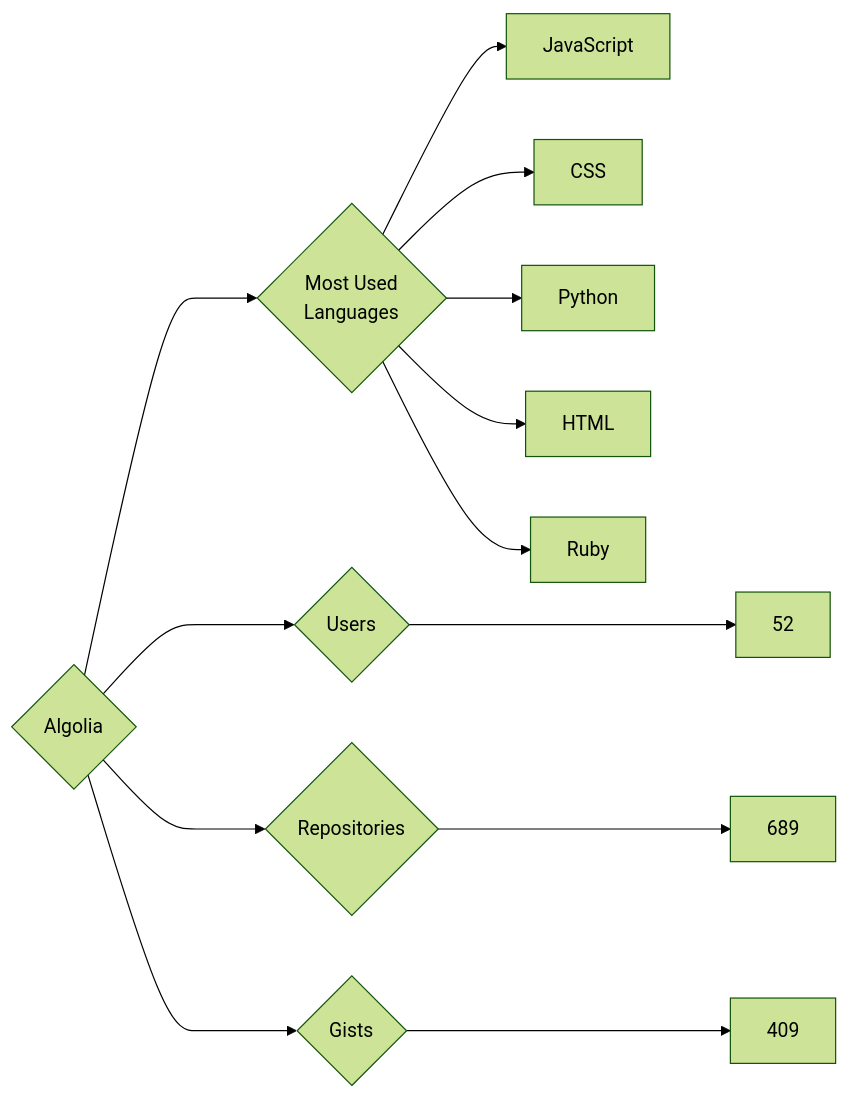
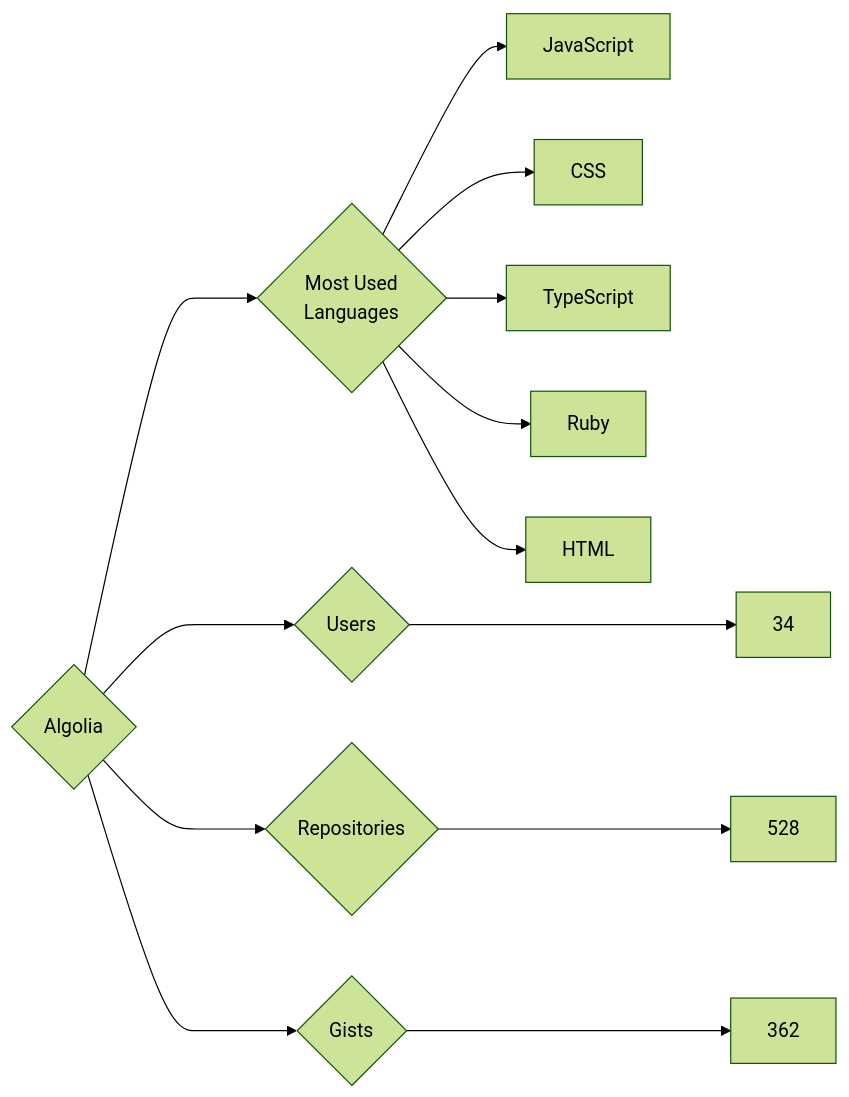
Before and after one commit to trickest/insiders: the diagram in targets/Algolia/README.md, drawn with Mermaid (forest theme). The commit also changed 930 other files, not shown here.

````diff
--- a/targets/Algolia/README.md
+++ b/targets/Algolia/README.md
@@ -3,13 +3,13 @@
 ```mermaid
 graph LR
 COMPANY_NAME{Algolia}
-COMPANY_NAME ---> U{Users} ---> UN[52]
-COMPANY_NAME ---> R{Repositories} ---> RN[689]
-COMPANY_NAME ---> G{Gists} ---> GN[409]
+COMPANY_NAME ---> U{Users} ---> UN[34]
+COMPANY_NAME ---> R{Repositories} ---> RN[528]
+COMPANY_NAME ---> G{Gists} ---> GN[362]
 COMPANY_NAME ---> ML{Most Used<br>Languages}
 ML --> JavaScript[JavaScript]
 ML --> CSS[CSS]
-ML --> Python[Python]
+ML --> TypeScript[TypeScript]
+ML --> Ruby[Ruby]
 ML --> HTML[HTML]
-ML --> Ruby[Ruby]
 ```
````
